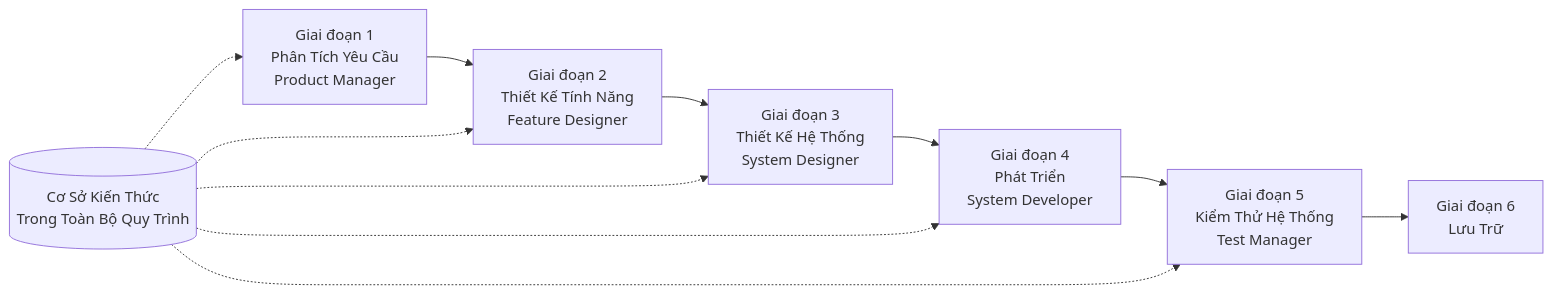
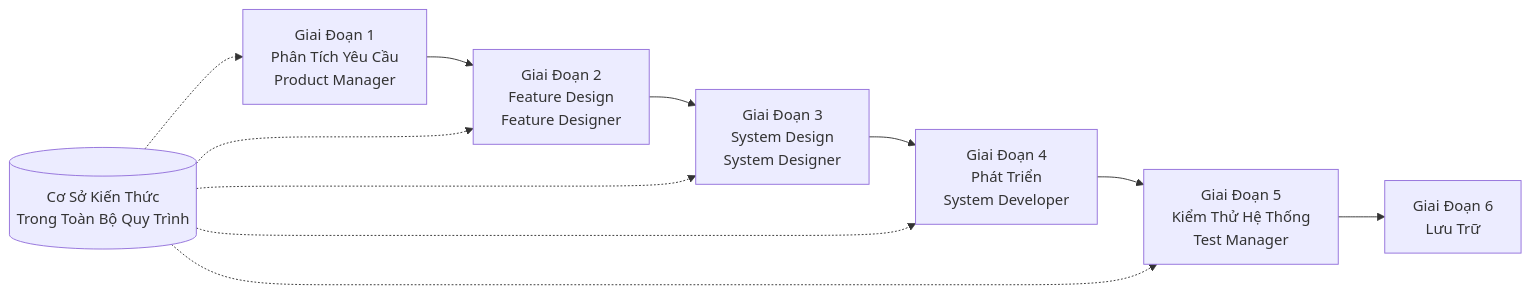
One commit to charlesmu99/speccrew changed the diagram in docs/GETTING-STARTED.vi.md. Above: the diagram before and after it, drawn with Mermaid. The commit also changed other lines of this file and 32 other files, not shown here.

Commit message:
feat(system-developer): optimize Agent definition and split desktop/review Skills

````diff
--- a/docs/GETTING-STARTED.vi.md
+++ b/docs/GETTING-STARTED.vi.md
@@ -70,14 +144,14 @@
 ```mermaid
 flowchart LR
-    PRD[Giai đoạn 1<br/>Phân Tích Yêu Cầu<br/>Product Manager] --> FD[Giai đoạn 2<br/>Thiết Kế Tính Năng<br/>Feature Designer]
-    FD --> SD[Giai đoạn 3<br/>Thiết Kế Hệ Thống<br/>System Designer]
-    SD --> DEV[Giai đoạn 4<br/>Phát Triển<br/>System Developer]
-    DEV --> TEST[Giai đoạn 5<br/>Kiểm Thử Hệ Thống<br/>Test Manager]
-    TEST --> ARCHIVE[Giai đoạn 6<br/>Lưu Trữ]
+    PRD[Giai Đoạn 1<br/>Phân Tích Yêu Cầu<br/>Product Manager] --> FD[Giai Đoạn 2<br/>Feature Design<br/>Feature Designer]
+    FD --> SD[Giai Đoạn 3<br/>System Design<br/>System Designer]
+    SD --> DEV[Giai Đoạn 4<br/>Phát Triển<br/>System Developer]
+    DEV --> TEST[Giai Đoạn 5<br/>Kiểm Thử Hệ Thống<br/>Test Manager]
+    TEST --> ARCHIVE[Giai Đoạn 6<br/>Lưu Trữ]
     
     KB[(Cơ Sở Kiến Thức<br/>Trong Toàn Bộ Quy Trình)] -.-> PRD
     KB -.-> FD
     KB -.-> SD
     KB -.-> DEV
     KB -.-> TEST
 ```
````
